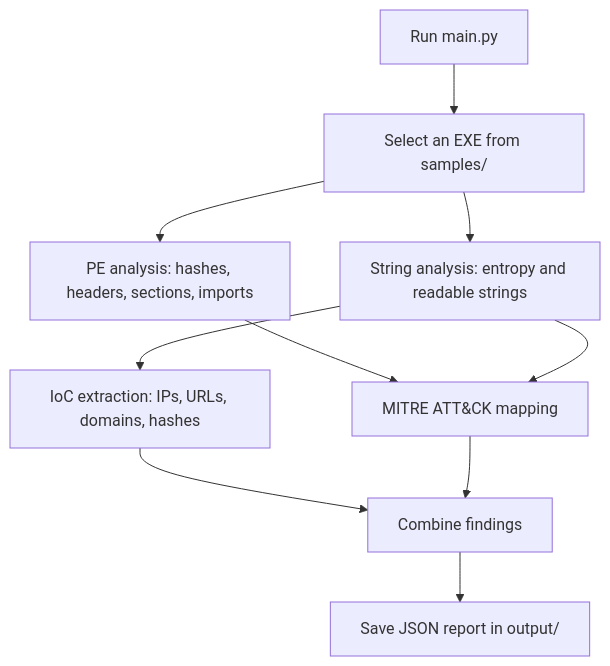
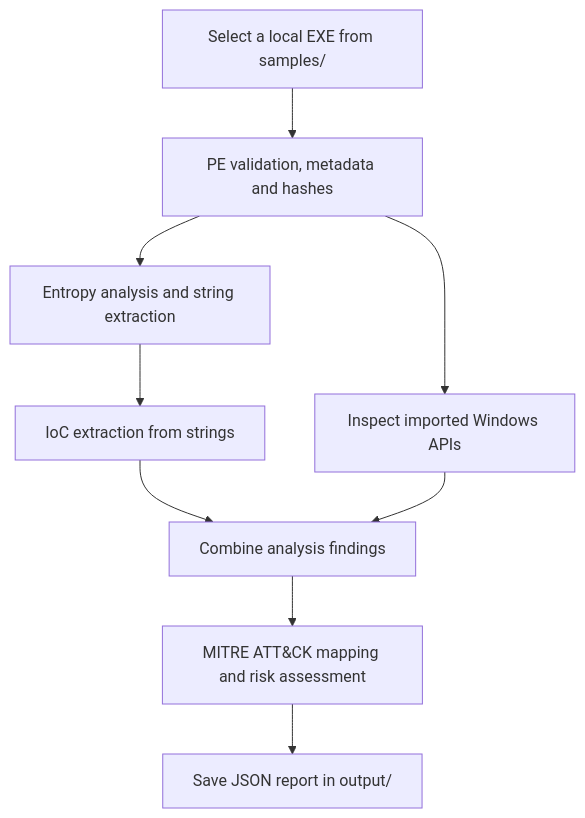
Before and after one commit to Rydersnake/MalTrace: the diagram in README.md, drawn with Mermaid. The commit also changed other lines of this file, not shown here.

````diff
--- a/README.md
+++ b/README.md
@@ -49,12 +55,11 @@
 ```mermaid
 flowchart TD
-    A[Run main.py] --> B[Select an EXE from samples/]
-    B --> C[PE analysis: hashes, headers, sections, imports]
-    B --> D[String analysis: entropy and readable strings]
-    D --> E[IoC extraction: IPs, URLs, domains, hashes]
-    C --> F[MITRE ATT&CK mapping]
-    D --> F
-    E --> G[Combine findings]
-    F --> G
+    A[Select a local EXE from samples/] --> B[PE validation, metadata and hashes]
+    B --> C[Entropy analysis and string extraction]
+    C --> D[IoC extraction from strings]
+    B --> E[Inspect imported Windows APIs]
+    D --> F[Combine analysis findings]
+    E --> F
+    F --> G[MITRE ATT&CK mapping and risk assessment]
     G --> H[Save JSON report in output/]
 ```
````
